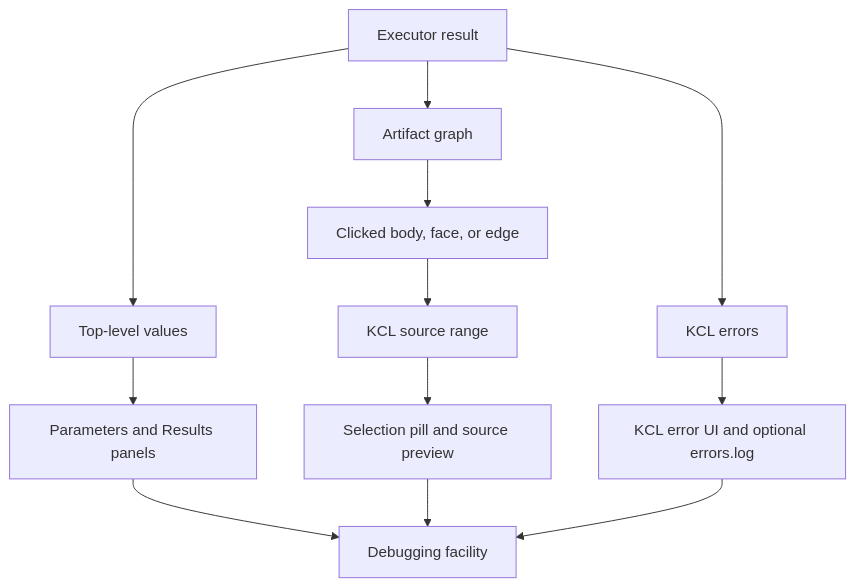
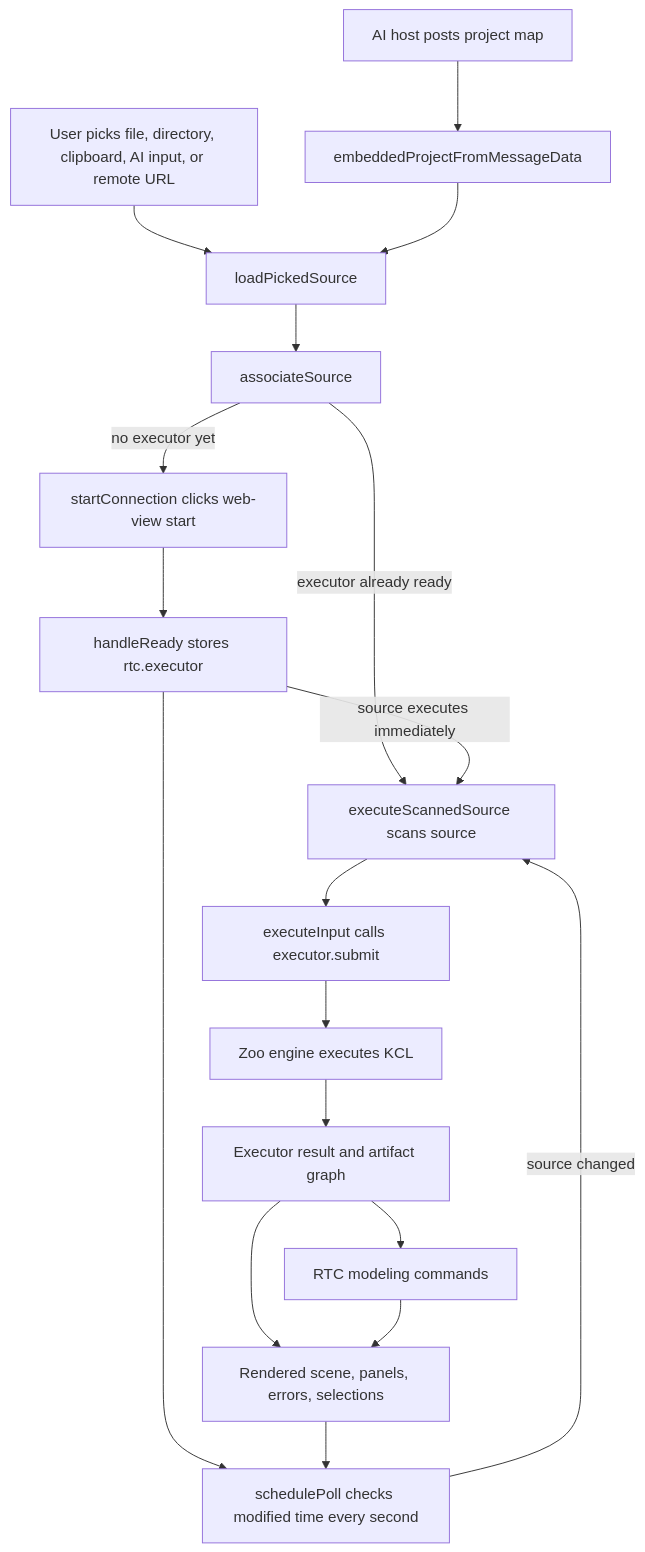
Before and after one commit to KittyCAD/viewer: the second of 2 diagrams in README.md, drawn with Mermaid. The commit also changed other lines of this file, not shown here.

````diff
--- a/README.md
+++ b/README.md
@@ -313,14 +264,30 @@
 ```mermaid
-flowchart TB
-  ExecutorResult[Executor result] --> Values[Top-level values]
-  ExecutorResult --> Errors[KCL errors]
-  ExecutorResult --> Artifacts[Artifact graph]
-  Artifacts --> Selection[Clicked body, face, or edge]
-  Selection --> SourceRange[KCL source range]
-  SourceRange --> Overlay[Selection pill and source preview]
-  Values --> Panels[Parameters and Results panels]
-  Errors --> ErrorUI[KCL error UI and optional errors.log]
-  Panels --> Debugging[Debugging facility]
-  Overlay --> Debugging
-  ErrorUI --> Debugging
+flowchart TD
+  Pick[User picks file, directory, clipboard, AI input, or remote URL]
+  Post[AI host posts project map]
+  Parse[embeddedProjectFromMessageData]
+  Load[loadPickedSource]
+  Assoc[associateSource]
+  Start[startConnection clicks web-view start]
+  Ready[handleReady stores rtc.executor]
+  Scan[executeScannedSource scans source]
+  Submit[executeInput calls executor.submit]
+  Zoo[Zoo engine executes KCL]
+  Result[Executor result and artifact graph]
+  Commands[RTC modeling commands]
+  UI[Rendered scene, panels, errors, selections]
+  Poll[schedulePoll checks modified time every second]
+
+  Pick --> Load
+  Post --> Parse --> Load
+  Load --> Assoc
+  Assoc -->|no executor yet| Start
+  Start --> Ready
+  Assoc -->|executor already ready| Scan
+  Ready -->|source executes immediately| Scan
+  Scan --> Submit --> Zoo --> Result --> UI
+  Result --> Commands --> UI
+  Ready --> Poll
+  UI --> Poll
+  Poll -->|source changed| Scan
 ```
````
